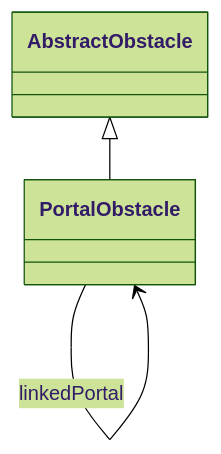
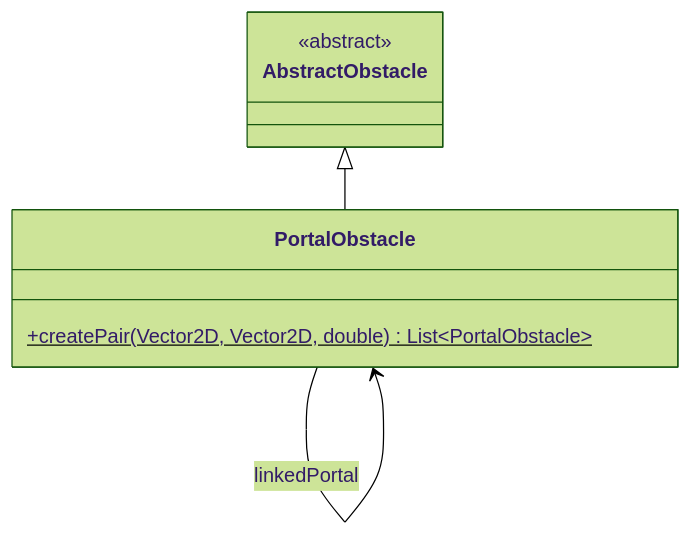
Before and after one commit to jjacomo/OOP25-mini-gOOlf: diagram 11 of 12 in notes/report/report.md, drawn with Mermaid (forest theme). The commit also changed other lines of this file and 1 other file, not shown here.

Commit message:
Continued the report

````diff
--- a/notes/report/report.md
+++ b/notes/report/report.md
@@ -609,8 +603,12 @@
 ```mermaid
     classDiagram
-        class AbstractObstacle
-        class PortalObstacle
+    class AbstractObstacle {
+        <<abstract>>
+    }
+    class PortalObstacle {
+        +createPair(Vector2D, Vector2D, double)$ List~PortalObstacle~
+    }
 
-        AbstractObstacle <|-- PortalObstacle
-        PortalObstacle --> PortalObstacle : linkedPortal
+    AbstractObstacle <|-- PortalObstacle
+    PortalObstacle --> PortalObstacle : linkedPortal
 ```
````
